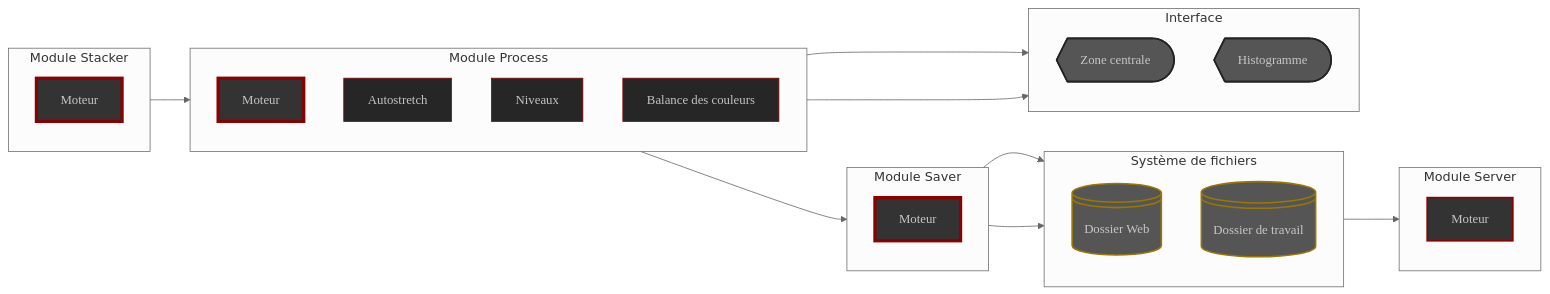
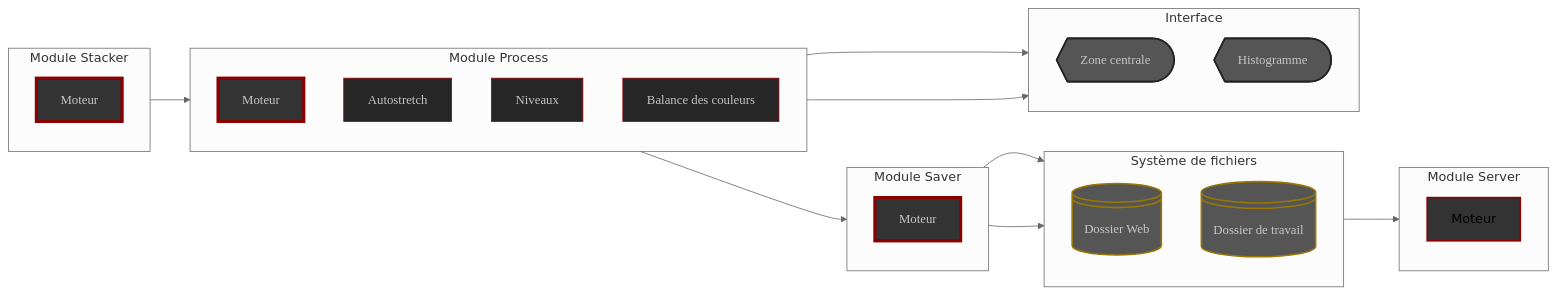
Before and after one commit to deufrai/als: the second of 2 diagrams in content/fr/docs/v0.7/reference/_index.md, drawn with Mermaid (neutral theme). The commit also changed other lines of this file and 1 other file, not shown here.

Commit message:
refactor refdoc page's mermaid graph to use classes

````diff
--- a/content/fr/docs/v0.7/reference/_index.md
+++ b/content/fr/docs/v0.7/reference/_index.md
@@ -143,67 +143,68 @@
 ```mermaid
 flowchart LR
 
 subgraph Module Stacker
     direction TB
     STACK_ENGINE[Moteur]
 end
 
 subgraph Module Process
     direction TB
     PROCESS_ENGINE[Moteur]
     STRETCH[Autostretch]
     LEVELS[Niveaux]
     COLOR_BAL[Balance des couleurs]
 end 
 
 subgraph Module Saver
     direction TB
     SAVE_ENGINE[Moteur]
 end
 
 subgraph Système de fichiers
     direction TB
     
     WEB_FOLDER@{ shape: lin-cyl, label: "Dossier Web" }
     WORK_FOLDER@{ shape: lin-cyl, label: "Dossier de travail" }
 end
 
 subgraph Module Server
     direction TB
     SERVER_ENGINE[Moteur]
 end
 
 subgraph Interface
     direction TB
     SCREEN@{ shape: curv-trap, label: "Zone centrale" }
     HISTOGRAM@{ shape: curv-trap, label: "Histogramme" }
 end
 
 STACK_ENGINE --> PROCESS_ENGINE
 
 PROCESS_ENGINE --> SAVE_ENGINE
 PROCESS_ENGINE ---> SCREEN
 PROCESS_ENGINE ---> HISTOGRAM
 
 SAVE_ENGINE --> WEB_FOLDER
 SAVE_ENGINE --> WORK_FOLDER
 
 WEB_FOLDER --> SERVER_ENGINE
 
-style SERVER_ENGINE fill:#333,stroke:darkred,stroke-width:2px,color:#c6c6c6,font-family:'Poppins',sans-serif
+classDef module fill:#333,stroke:darkred,stroke-width:2px
+classDef main_module fill:#333,stroke:darkred,stroke-width:4px,color:#c6c6c6,font-family:'Poppins',sans-serif
+classDef process fill:#262626,stroke:darkred,stroke-width:1px,color:#c3c3c3,font-family:'Poppins',sans-serif
+classDef folder fill:#555,stroke:#970,stroke-width:2px,color:#c6c6c6,font-family:'Poppins',sans-serif
+classDef display fill:#555,stroke:#222,stroke-width:2px,color:#c6c6c6,font-family:'Poppins',sans-serif
 
-style STACK_ENGINE fill:#333,stroke:darkred,stroke-width:4px,color:#c6c6c6,font-family:'Poppins',sans-serif
-style PROCESS_ENGINE fill:#333,stroke:darkred,stroke-width:4px,color:#c6c6c6,font-family:'Poppins',sans-serif
-style SAVE_ENGINE fill:#333,stroke:darkred,stroke-width:4px,color:#c6c6c6,font-family:'Poppins',sans-serif
-
-style STRETCH fill:#262626,stroke:darkred,stroke-width:1px,color:#c3c3c3,font-family:'Poppins',sans-serif
-style LEVELS fill:#262626,stroke:darkred,stroke-width:1px,color:#c3c3c3,font-family:'Poppins',sans-serif
-style COLOR_BAL fill:#262626,stroke:darkred,stroke-width:1px,color:#c3c3c3,font-family:'Poppins',sans-serif
-
-
-style WEB_FOLDER fill:#555,stroke:#970,stroke-width:2px,color:#c6c6c6,font-family:'Poppins',sans-serif
-style WORK_FOLDER fill:#555,stroke:#970,stroke-width:2px,color:#c6c6c6,font-family:'Poppins',sans-serif
-
-style SCREEN fill:#555,stroke:#222,stroke-width:2px,color:#c6c6c6,font-family:'Poppins',sans-serif
-style HISTOGRAM fill:#555,stroke:#222,stroke-width:2px,color:#c6c6c6,font-family:'Poppins',sans-serif
+class STACK_ENGINE main_module
+class PROCESS_ENGINE main_module
+class SAVE_ENGINE main_module
+class SERVER_ENGINE module
+class SCREEN display
+class HISTOGRAM display
+class WEB_FOLDER folder
+class WORK_FOLDER folder
+class STRETCH process
+class LEVELS process
+class COLOR_BAL process
 ```
````
